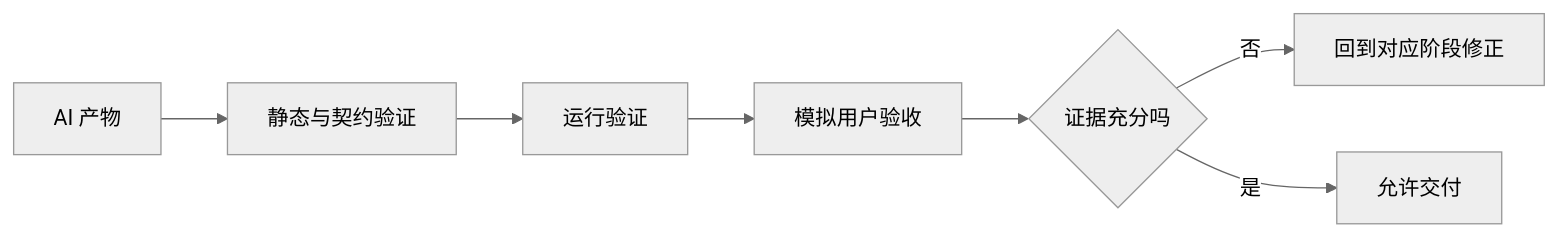
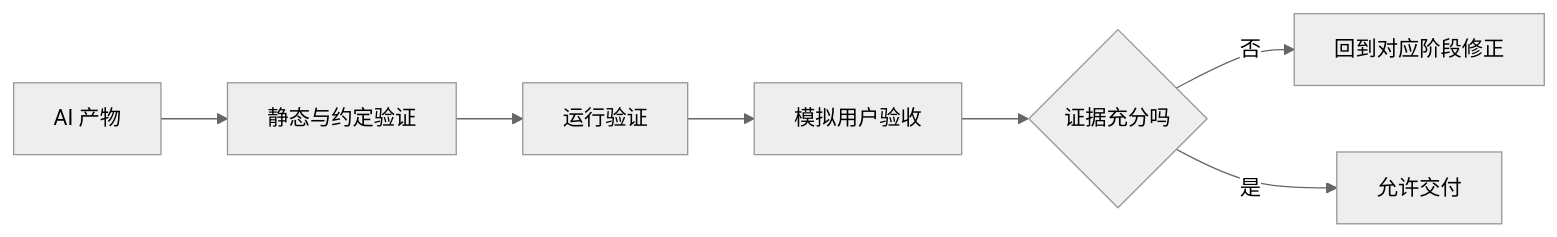
The fourth of 4 diagrams in 01_框架定义/AI产品工程核心原则.md (zhidao-studio/ai-product-engineering-framework), drawn with Mermaid (neutral theme) before and after one commit. The commit also changed other lines of this file, not shown here.

````diff
--- a/01_框架定义/AI产品工程核心原则.md
+++ b/01_框架定义/AI产品工程核心原则.md
@@ -125,9 +127,9 @@
 ```mermaid
 flowchart LR
-    A[AI 产物] --> B[静态与契约验证]
+    A[AI 产物] --> B[静态与约定验证]
     B --> C[运行验证]
     C --> D[模拟用户验收]
     D --> E{证据充分吗}
     E -->|否| F[回到对应阶段修正]
     E -->|是| G[允许交付]
 ```
````
